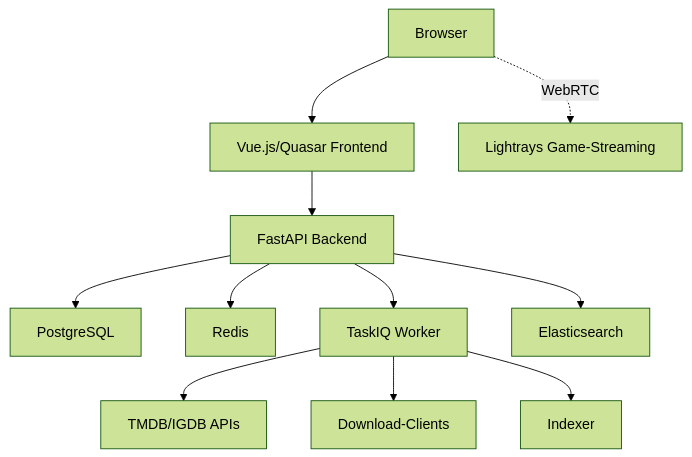
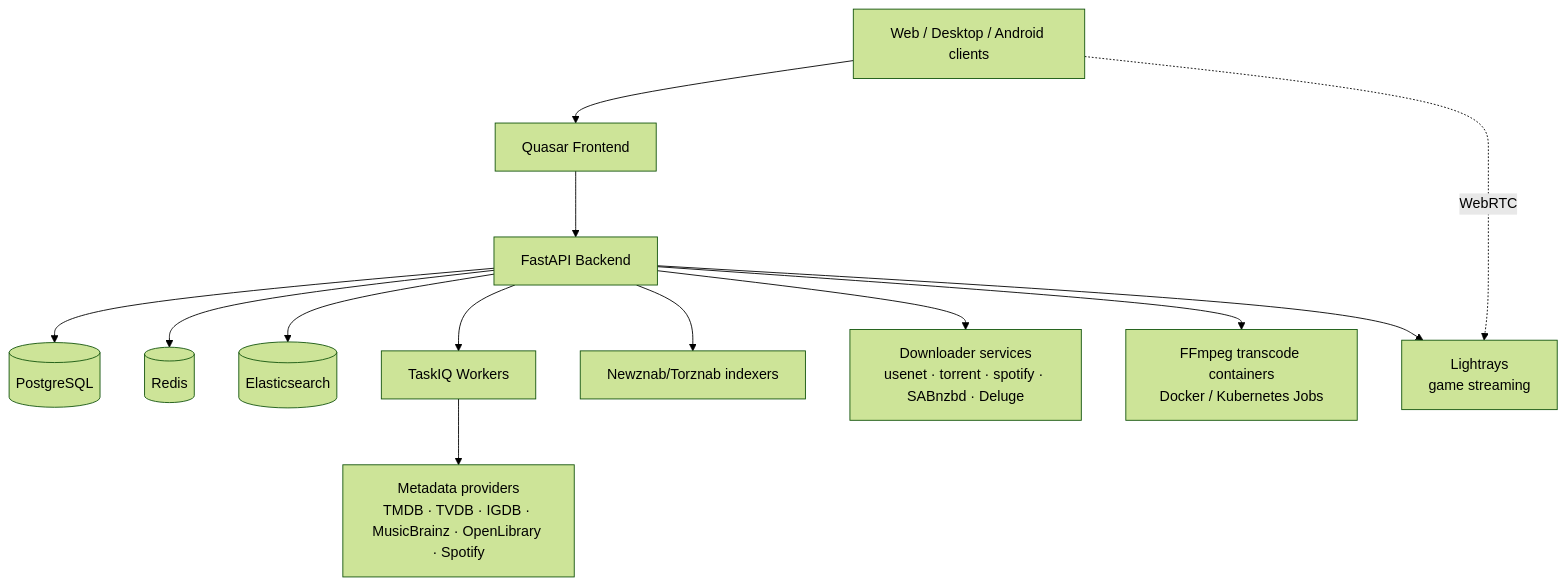
Before and after one commit to luebke-dev/streamarr: the diagram in docs/docs/index.md, drawn with Mermaid (forest theme). The commit also changed other lines of this file and 41 other files, not shown here.

````diff
--- a/docs/docs/index.md
+++ b/docs/docs/index.md
@@ -50,13 +55,15 @@
 ```mermaid
 graph TB
-    A[Browser] --> B[Vue.js/Quasar Frontend]
+    A[Web / Desktop / Android clients] --> B[Quasar Frontend]
     B --> C[FastAPI Backend]
-    C --> D[PostgreSQL]
-    C --> E[Redis]
-    C --> F[TaskIQ Worker]
-    C --> G[Elasticsearch]
-    F --> H[TMDB/IGDB APIs]
-    F --> I[Download-Clients]
-    F --> J[Indexer]
-    A -.->|WebRTC| K[Lightrays Game-Streaming]
+    C --> D[(PostgreSQL)]
+    C --> E[(Redis)]
+    C --> G[(Elasticsearch)]
+    C --> W[TaskIQ Workers]
+    W --> H[Metadata providers<br/>TMDB · TVDB · IGDB · MusicBrainz · OpenLibrary · Spotify]
+    C --> I[Newznab/Torznab indexers]
+    C --> J[Downloader services<br/>usenet · torrent · spotify · SABnzbd · Deluge]
+    C --> K[FFmpeg transcode containers<br/>Docker / Kubernetes Jobs]
+    C --> L[Lightrays<br/>game streaming]
+    A -.->|WebRTC| L
 ```
````
